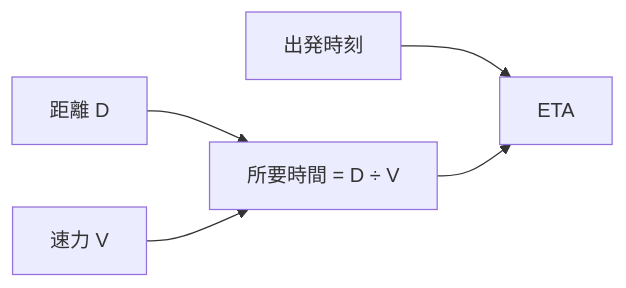
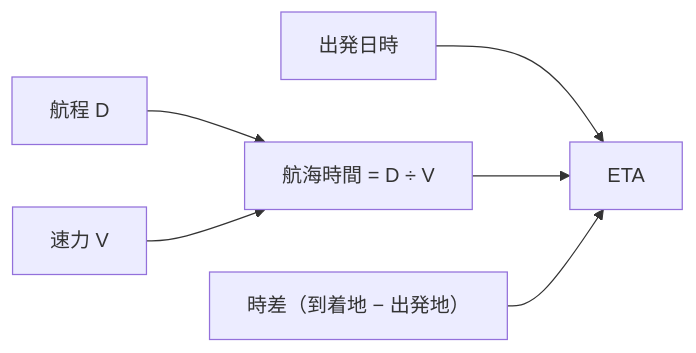
The fifth of 5 diagrams in docs/pilot1.md (serkenn/Navigation-calculations), drawn with Mermaid before and after one commit. The commit also changed other lines of this file and 6 other files, not shown here.

````diff
--- a/docs/pilot1.md
+++ b/docs/pilot1.md
@@ -131,7 +177,8 @@
 ```mermaid
 flowchart LR
-    A[出発時刻] --> D[ETA]
-    B[距離 D] --> C["所要時間 = D ÷ V"]
+    A[出発日時] --> D[ETA]
+    B[航程 D] --> C["航海時間 = D ÷ V"]
     C2[速力 V] --> C
     C --> D
+    Z["時差（到着地 − 出発地）"] --> D
 ```
````
